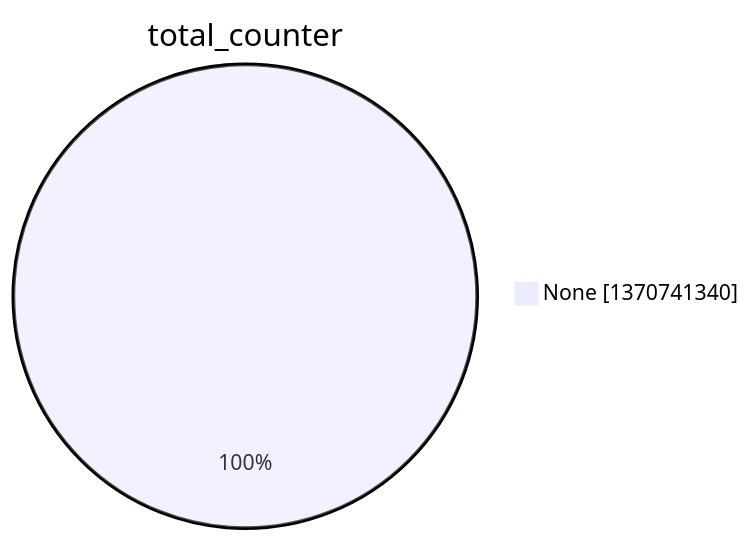
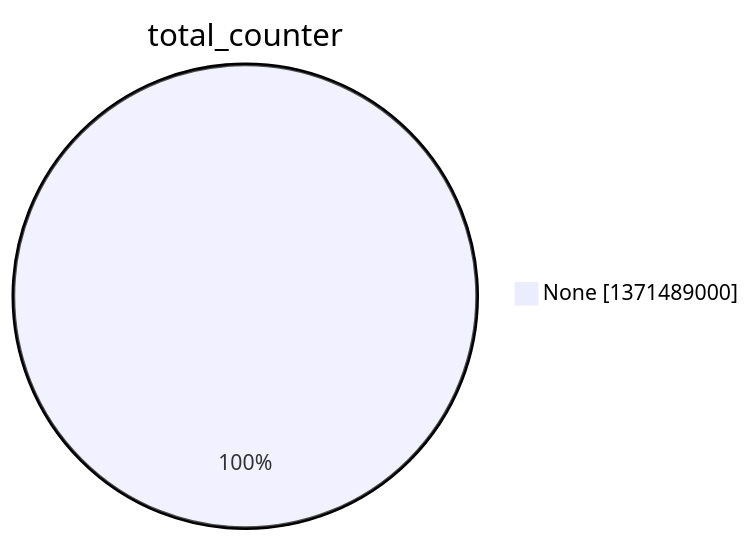
One commit to christiankrug/ctmonitor_visualization changed the second of 15 diagrams in argon2022/README.md. Above: the diagram before and after it, drawn with Mermaid. The commit also changed other lines of this file, not shown here.

````diff
--- a/argon2022/README.md
+++ b/argon2022/README.md
@@ -9,5 +9,5 @@
 ```mermaid
 pie showData
 title total_counter
-"None" :1370741340
+"None" :1371489000
 ```
````
